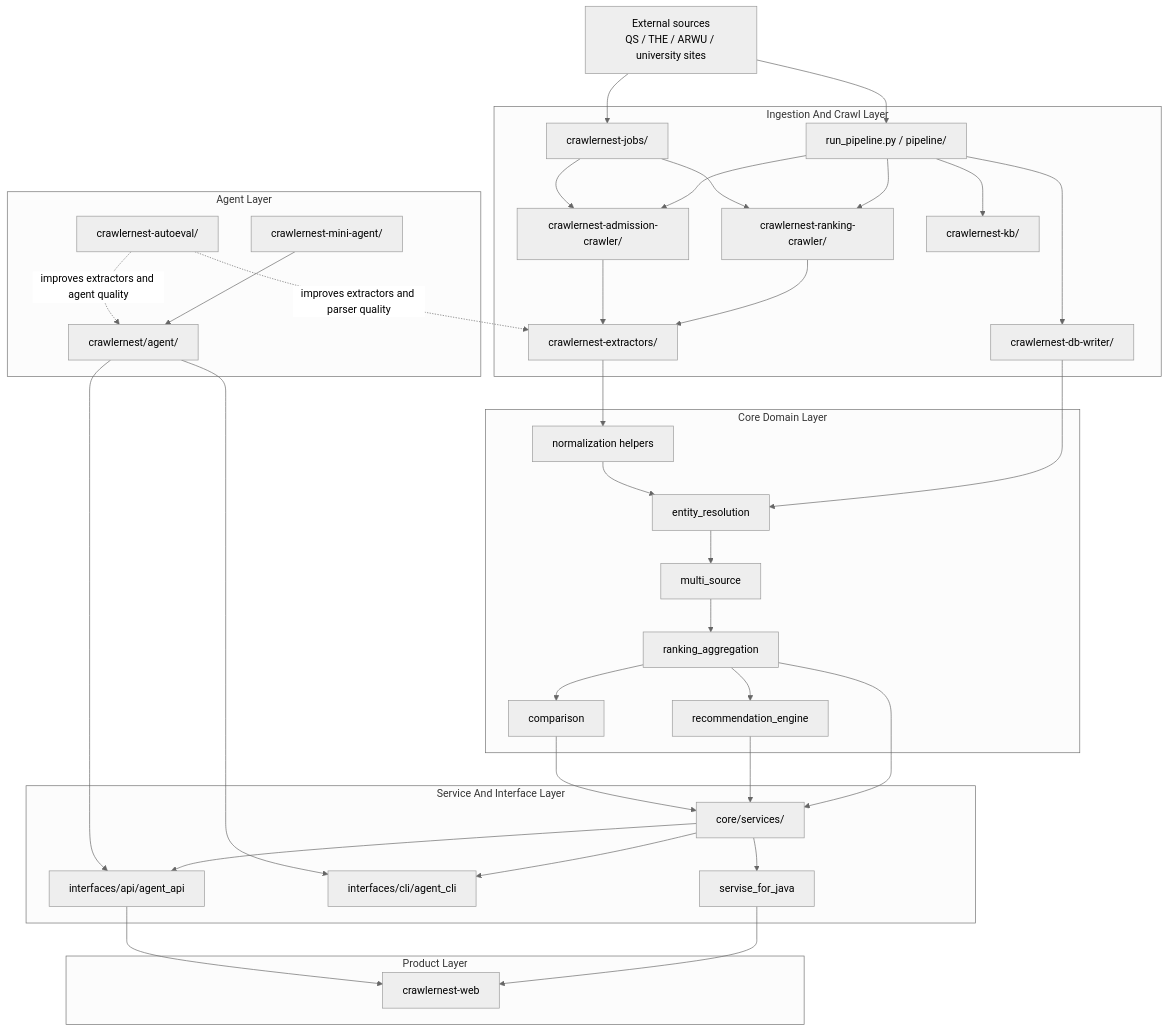
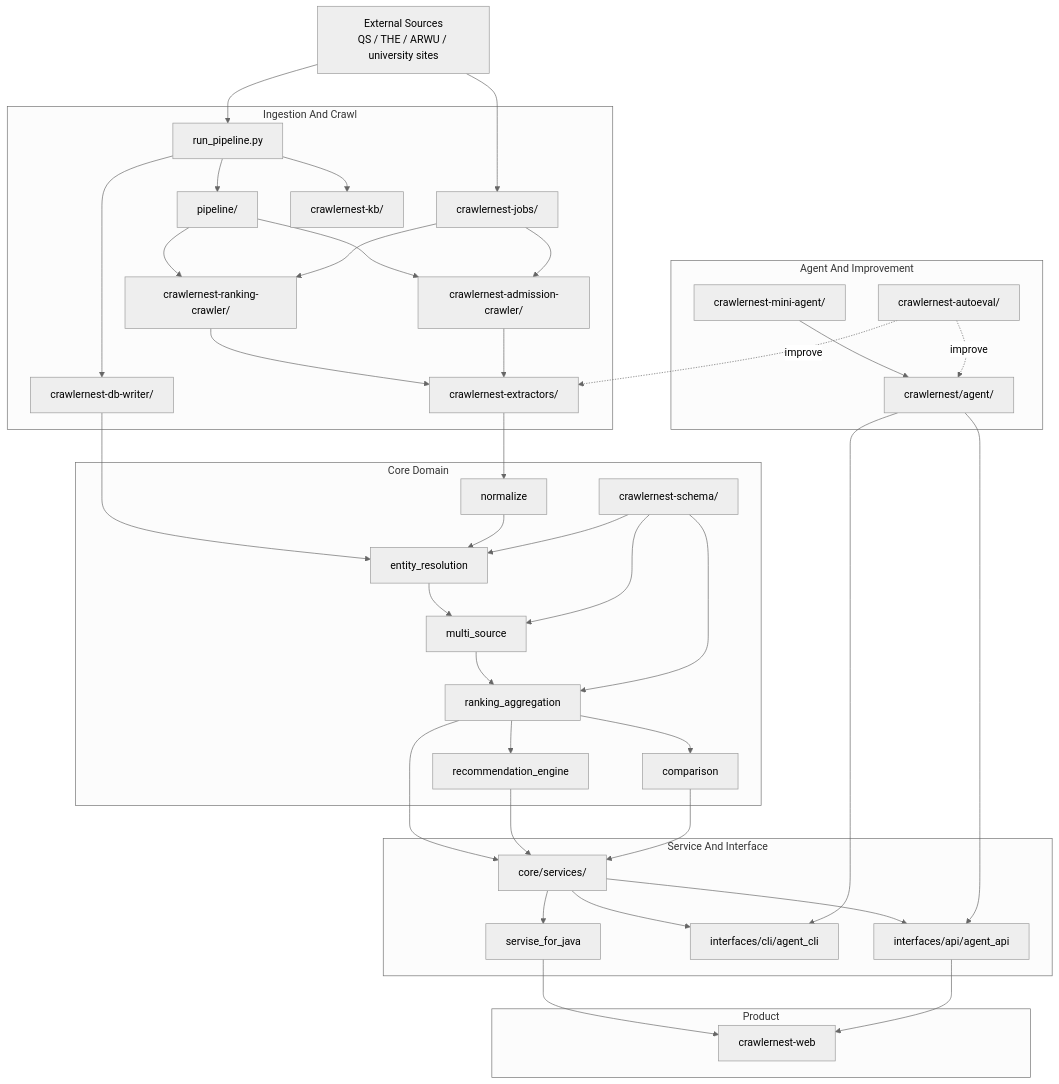
One commit to heinricitorgau/CrawlerNest changed the first of 12 diagrams in docs/SYSTEM_ENGINE_ARCHITECTURE.md. Above: the diagram before and after it, drawn with Mermaid (neutral theme). The commit also changed other lines of this file and 10 other files, not shown here.

````diff
--- a/docs/SYSTEM_ENGINE_ARCHITECTURE.md
+++ b/docs/SYSTEM_ENGINE_ARCHITECTURE.md
@@ -16,71 +7,77 @@
 ```mermaid
 flowchart TD
-    SRC["External sources<br/>QS / THE / ARWU / university sites"]
+    SRC["External Sources<br/>QS / THE / ARWU / university sites"]
 
-    subgraph INGEST["Ingestion And Crawl Layer"]
-        PIPE["run_pipeline.py / pipeline/"]
+    subgraph INGEST["Ingestion And Crawl"]
+        PIPE["run_pipeline.py"]
+        PSTAGE["pipeline/"]
         JOBS["crawlernest-jobs/"]
-        EXT["crawlernest-extractors/"]
         RCRAWL["crawlernest-ranking-crawler/"]
         ACRAWL["crawlernest-admission-crawler/"]
+        EXT["crawlernest-extractors/"]
         WRITE["crawlernest-db-writer/"]
         KB["crawlernest-kb/"]
     end
 
-    subgraph CORE["Core Domain Layer"]
-        NORM["normalization helpers"]
+    subgraph CORE["Core Domain"]
+        NORM["normalize"]
         ER["entity_resolution"]
         MS["multi_source"]
         AGG["ranking_aggregation"]
         REC["recommendation_engine"]
         CMP["comparison"]
+        SCHEMA["crawlernest-schema/"]
     end
 
-    subgraph SERVICE["Service And Interface Layer"]
+    subgraph SERVICE["Service And Interface"]
         FACADE["core/services/"]
         PAPI["interfaces/api/agent_api"]
         PCLI["interfaces/cli/agent_cli"]
         JAVA["servise_for_java"]
     end
 
-    subgraph PRODUCT["Product Layer"]
+    subgraph PRODUCT["Product"]
         WEB["crawlernest-web"]
     end
 
-    subgraph AGENT["Agent Layer"]
+    subgraph AGENT["Agent And Improvement"]
         AGS["crawlernest/agent/"]
         MINI["crawlernest-mini-agent/"]
         EVAL["crawlernest-autoeval/"]
     end
 
     SRC --> PIPE
     SRC --> JOBS
-    PIPE --> RCRAWL
-    PIPE --> ACRAWL
+    PIPE --> PSTAGE
+    PSTAGE --> RCRAWL
+    PSTAGE --> ACRAWL
     JOBS --> RCRAWL
     JOBS --> ACRAWL
     RCRAWL --> EXT
     ACRAWL --> EXT
     EXT --> NORM
     PIPE --> WRITE
     PIPE --> KB
     WRITE --> ER
     NORM --> ER
+    SCHEMA --> ER
     ER --> MS
+    SCHEMA --> MS
     MS --> AGG
+    SCHEMA --> AGG
     AGG --> REC
     AGG --> CMP
     AGG --> FACADE
     REC --> FACADE
     CMP --> FACADE
     FACADE --> JAVA
     FACADE --> PAPI
     FACADE --> PCLI
     JAVA --> WEB
     PAPI --> WEB
     AGS --> PAPI
     AGS --> PCLI
     MINI --> AGS
-    EVAL -. improves extractors and agent quality .-> AGS
-    EVAL -. improves extractors and parser quality .-> EXT
+    EVAL -. improve .-> AGS
+    EVAL -. improve .-> EXT
 ```
````
